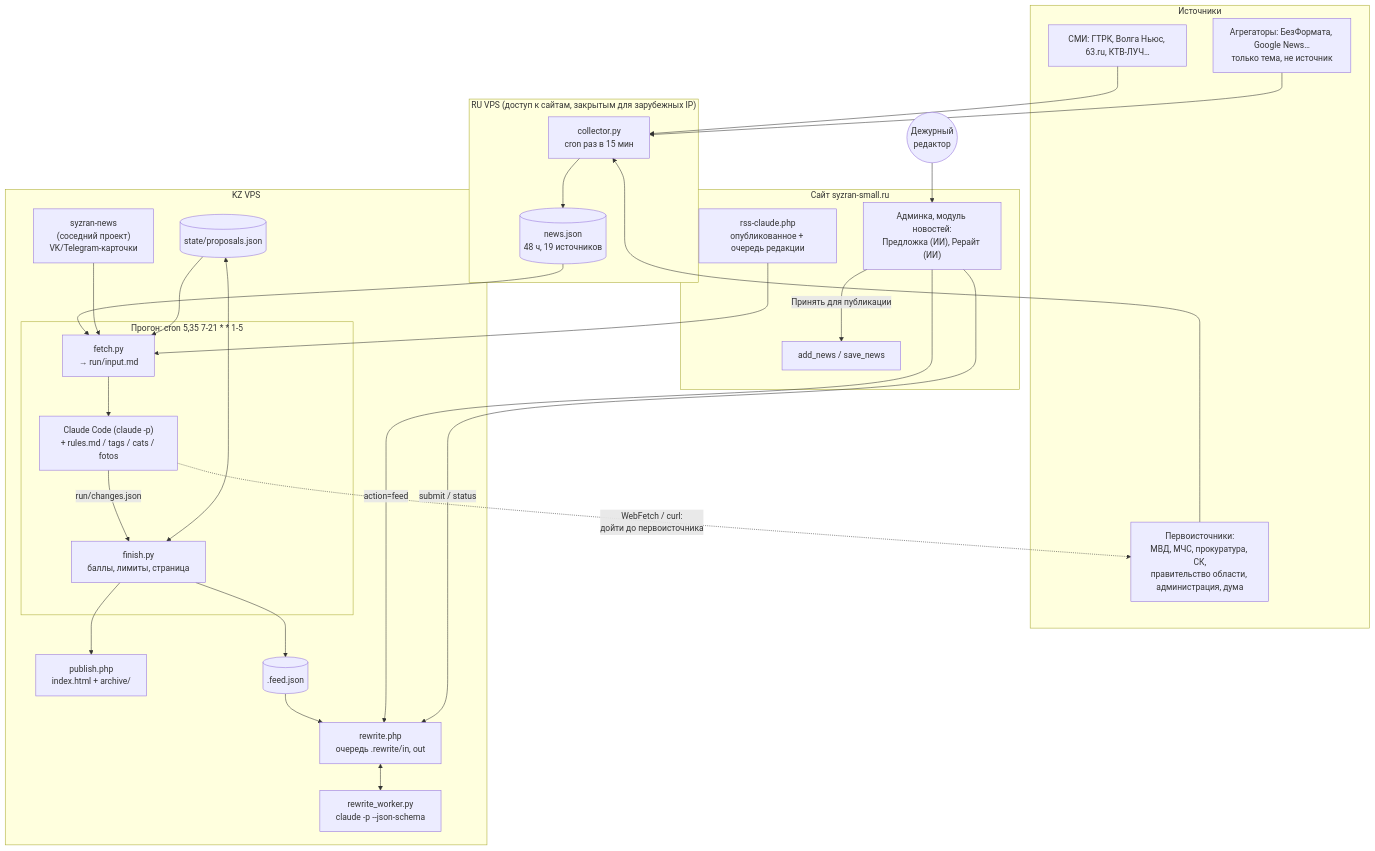
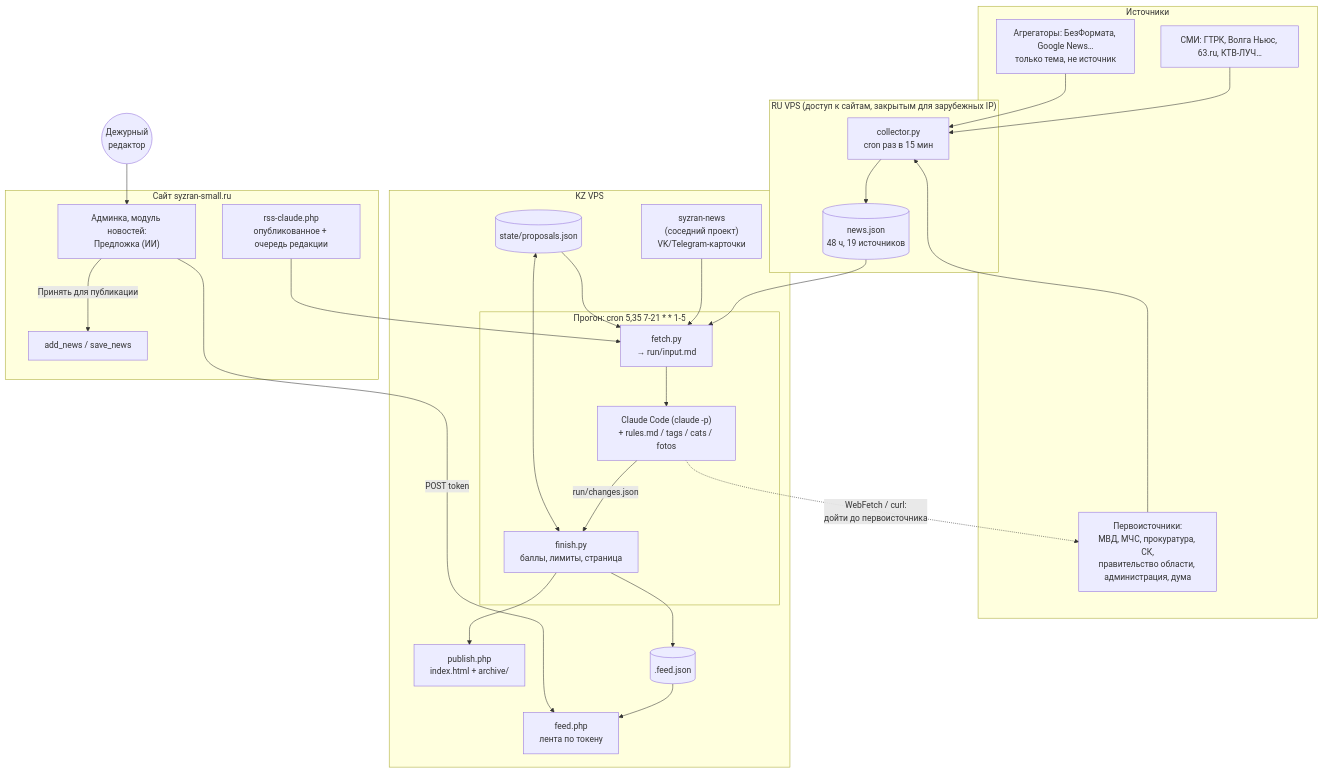
Before and after one commit to delffine/ai_editor: the first of 4 diagrams in README.md, drawn with Mermaid. The commit also changed other lines of this file and 13 other files, not shown here.

Commit message:
Убран рерайт: в репозитории только Предложка (feed.php, news_ai_common.php)

````diff
--- a/README.md
+++ b/README.md
@@ -41,54 +40,51 @@
 ```mermaid
 flowchart TB
     subgraph RU["RU VPS (доступ к сайтам, закрытым для зарубежных IP)"]
         COL["collector.py<br/>cron раз в 15 мин"]
         NEWS[("news.json<br/>48 ч, 19 источников")]
         COL --> NEWS
     end
 
     subgraph SRC["Источники"]
         PRIM["Первоисточники:<br/>МВД, МЧС, прокуратура, СК,<br/>правительство области, администрация, дума"]
         MEDIA["СМИ: ГТРК, Волга Ньюс, 63.ru, КТВ-ЛУЧ…"]
         AGG["Агрегаторы: БезФормата, Google News…<br/>только тема, не источник"]
     end
 
     subgraph KZ["KZ VPS"]
         SN["syzran-news<br/>(соседний проект)<br/>VK/Telegram-карточки"]
         subgraph RUN["Прогон: cron 5,35 7-21 * * 1-5"]
             FETCH["fetch.py<br/>→ run/input.md"]
             CC["Claude Code (claude -p)<br/>+ rules.md / tags / cats / fotos"]
             FIN["finish.py<br/>баллы, лимиты, страница"]
         end
         STATE[("state/proposals.json")]
         PUBPHP["publish.php<br/>index.html + archive/"]
         FEED[(".feed.json")]
-        RWPHP["rewrite.php<br/>очередь .rewrite/in, out"]
-        WORKER["rewrite_worker.py<br/>claude -p --json-schema"]
+        FEEDPHP["feed.php<br/>лента по токену"]
     end
 
     subgraph SITE["Сайт syzran-small.ru"]
         RSS["rss-claude.php<br/>опубликованное + очередь редакции"]
-        ADMIN["Админка, модуль новостей:<br/>Предложка (ИИ), Рерайт (ИИ)"]
+        ADMIN["Админка, модуль новостей:<br/>Предложка (ИИ)"]
         ADD["add_news / save_news"]
     end
 
     ED(("Дежурный<br/>редактор"))
 
     PRIM & MEDIA & AGG --> COL
     NEWS --> FETCH
     SN --> FETCH
     RSS --> FETCH
     STATE --> FETCH
     FETCH --> CC
     CC -. "WebFetch / curl:<br/>дойти до первоисточника" .-> PRIM
     CC -- "run/changes.json" --> FIN
     STATE <--> FIN
     FIN --> PUBPHP
     FIN --> FEED
-    FEED --> RWPHP
-    ADMIN -- "action=feed" --> RWPHP
-    ADMIN -- "submit / status" --> RWPHP
-    RWPHP <--> WORKER
+    FEED --> FEEDPHP
+    ADMIN -- "POST token" --> FEEDPHP
     ED --> ADMIN
     ADMIN -- "Принять для публикации" --> ADD
 ```
````
